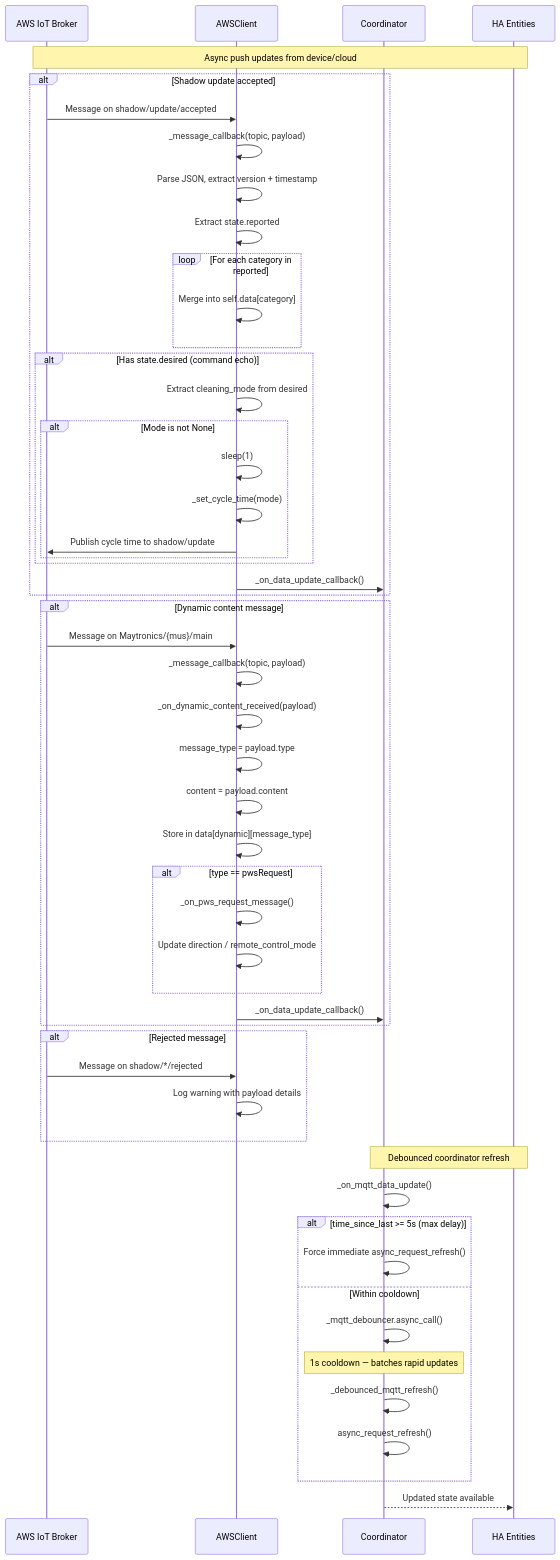
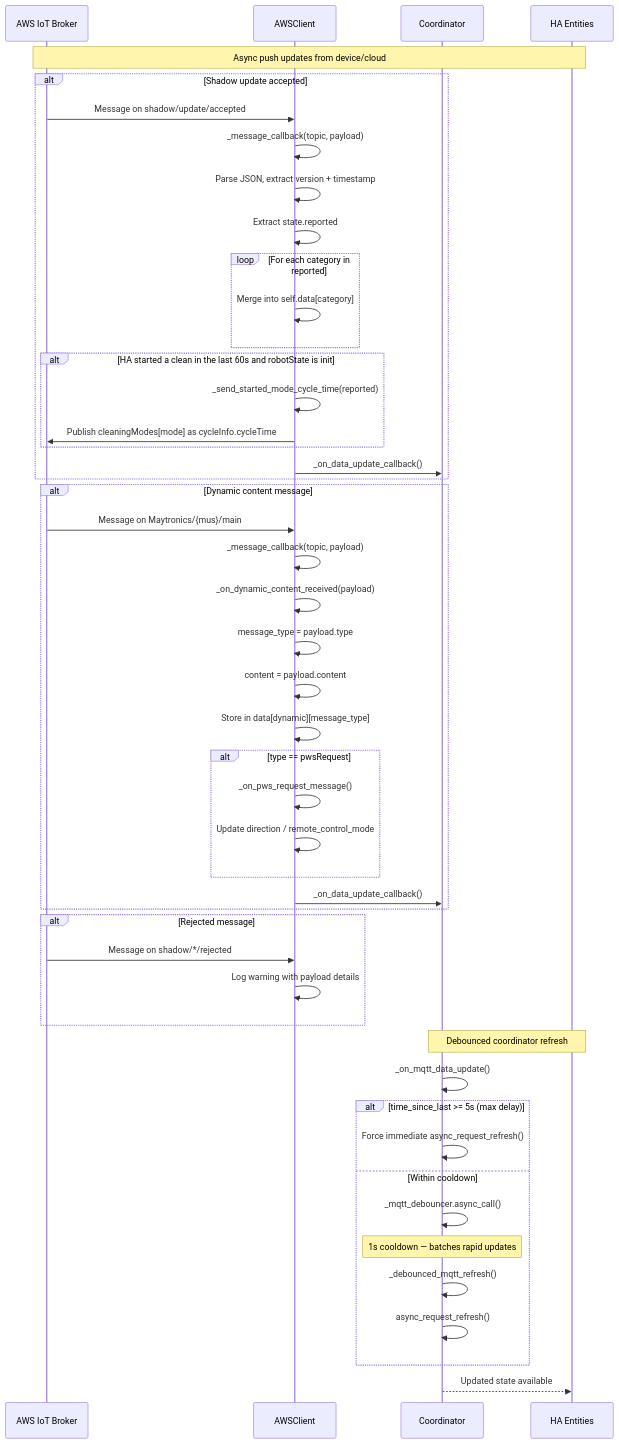
The third of 3 diagrams in docs/Maytronics/03-ongoing-calls-and-events.md (sh00t2kill/dolphin-robot), drawn with Mermaid before and after one commit. The commit also changed other lines of this file and 18 other files, not shown here.

First line of the commit message:
Cycle Time number to change the current clean's length

````diff
--- a/docs/Maytronics/03-ongoing-calls-and-events.md
+++ b/docs/Maytronics/03-ongoing-calls-and-events.md
@@ -136,68 +136,64 @@
 ```mermaid
 sequenceDiagram
     participant Broker as AWS IoT Broker
     participant AWS as AWSClient
     participant Coord as Coordinator
     participant Entities as HA Entities
 
     Note over Broker,Entities: Async push updates from device/cloud
 
     alt Shadow update accepted
         Broker->>AWS: Message on shadow/update/accepted
         AWS->>AWS: _message_callback(topic, payload)
         AWS->>AWS: Parse JSON, extract version + timestamp
 
         AWS->>AWS: Extract state.reported
         loop For each category in reported
             AWS->>AWS: Merge into self.data[category]
         end
 
-        alt Has state.desired (command echo)
-            AWS->>AWS: Extract cleaning_mode from desired
-            alt Mode is not None
-                AWS->>AWS: sleep(1)
-                AWS->>AWS: _set_cycle_time(mode)
-                AWS->>Broker: Publish cycle time to shadow/update
-            end
+        alt HA started a clean in the last 60s and robotState is init
+            AWS->>AWS: _send_started_mode_cycle_time(reported)
+            AWS->>Broker: Publish cleaningModes[mode] as cycleInfo.cycleTime
         end
 
         AWS->>Coord: _on_data_update_callback()
     end
 
     alt Dynamic content message
         Broker->>AWS: Message on Maytronics/{mus}/main
         AWS->>AWS: _message_callback(topic, payload)
         AWS->>AWS: _on_dynamic_content_received(payload)
 
         AWS->>AWS: message_type = payload.type
         AWS->>AWS: content = payload.content
         AWS->>AWS: Store in data[dynamic][message_type]
 
         alt type == pwsRequest
             AWS->>AWS: _on_pws_request_message()
             AWS->>AWS: Update direction / remote_control_mode
         end
 
         AWS->>Coord: _on_data_update_callback()
     end
 
     alt Rejected message
         Broker->>AWS: Message on shadow/*/rejected
         AWS->>AWS: Log warning with payload details
     end
 
     Note over Coord,Entities: Debounced coordinator refresh
 
     Coord->>Coord: _on_mqtt_data_update()
 
     alt time_since_last >= 5s (max delay)
         Coord->>Coord: Force immediate async_request_refresh()
     else Within cooldown
         Coord->>Coord: _mqtt_debouncer.async_call()
         Note over Coord: 1s cooldown — batches rapid updates
         Coord->>Coord: _debounced_mqtt_refresh()
         Coord->>Coord: async_request_refresh()
     end
 
     Coord-->>Entities: Updated state available
 ```
````
